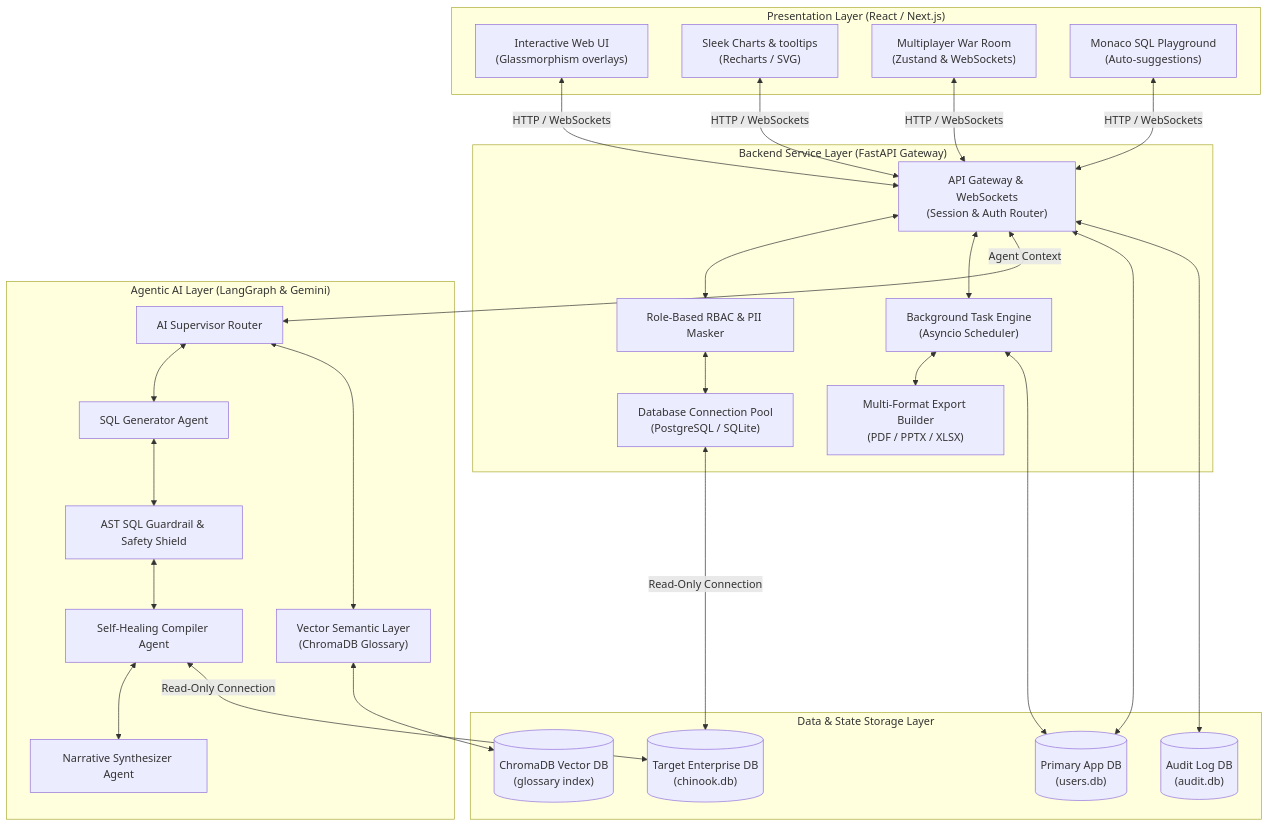
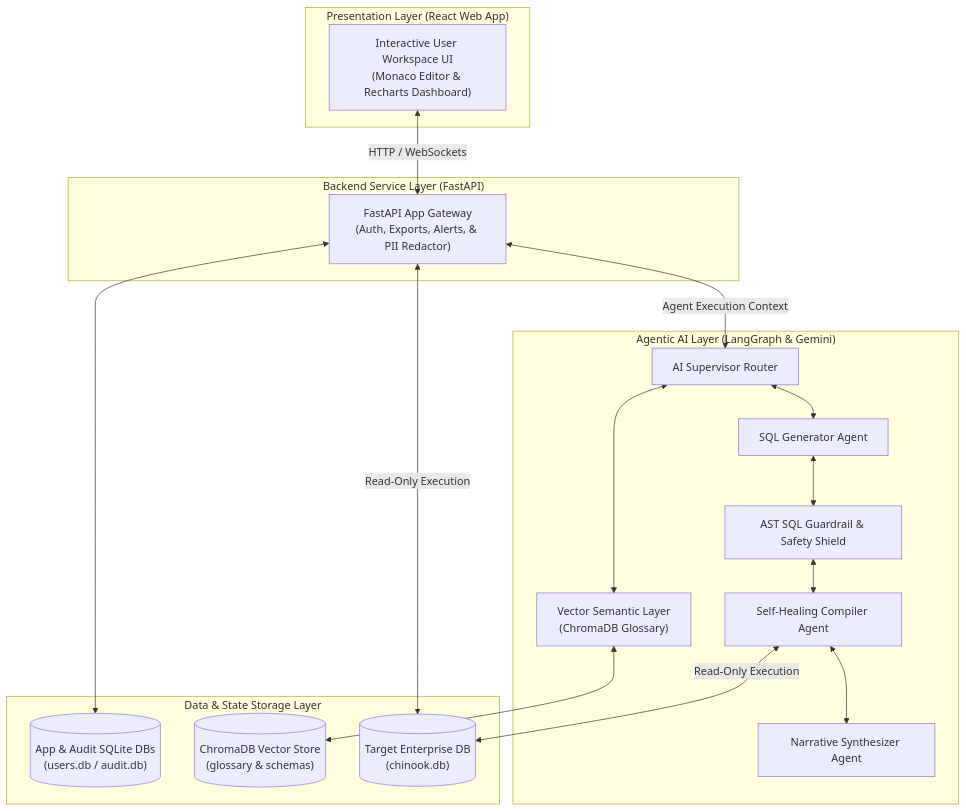
The first of 2 diagrams in README.md (Devilcoder2/SQL-Agent), drawn with Mermaid before and after one commit.

````diff
--- a/README.md
+++ b/README.md
@@ -54,55 +54,45 @@
 ```mermaid
 graph TD
     %% Presentation Layer
-    subgraph Presentation_Layer["Presentation Layer (React / Next.js)"]
-        A1["Interactive Web UI<br>(Glassmorphism overlays)"]
-        A2["Sleek Charts & tooltips<br>(Recharts / SVG)"]
-        A3["Multiplayer War Room<br>(Zustand & WebSockets)"]
-        A4["Monaco SQL Playground<br>(Auto-suggestions)"]
+    subgraph Presentation_Layer["Presentation Layer (React Web App)"]
+        FE["Interactive User Workspace UI<br>(Monaco Editor & Recharts Dashboard)"]
     end
 
     %% Backend Layer
-    subgraph Service_Layer["Backend Service Layer (FastAPI Gateway)"]
-        C1["API Gateway & WebSockets<br>(Session & Auth Router)"]
-        C2["Role-Based RBAC & PII Masker"]
-        C3["Database Connection Pool<br>(PostgreSQL / SQLite)"]
-        C4["Background Task Engine<br>(Asyncio Scheduler)"]
-        C5["Multi-Format Export Builder<br>(PDF / PPTX / XLSX)"]
+    subgraph Service_Layer["Backend Service Layer (FastAPI)"]
+        BE["FastAPI App Gateway<br>(Auth, Exports, Alerts, & PII Redactor)"]
     end
 
     %% AI Agent Layer
     subgraph AI_Layer["Agentic AI Layer (LangGraph & Gemini)"]
         D1["AI Supervisor Router"]
         D2["SQL Generator Agent"]
         D3["Self-Healing Compiler Agent"]
         D4["AST SQL Guardrail & Safety Shield"]
         D5["Narrative Synthesizer Agent"]
         D6["Vector Semantic Layer<br>(ChromaDB Glossary)"]
     end
 
     %% Storage Layer
     subgraph Storage_Layer["Data & State Storage Layer"]
-        E1[("Primary App DB<br>(users.db)")]
-        E2[("Audit Log DB<br>(audit.db)")]
-        E3[("ChromaDB Vector DB<br>(glossary index)")]
-        E4[("Target Enterprise DB<br>(chinook.db)")]
+        AppDB[("App & Audit SQLite DBs<br>(users.db / audit.db)")]
+        VectorDB[("ChromaDB Vector Store<br>(glossary & schemas)")]
+        TargetDB[("Target Enterprise DB<br>(chinook.db)")]
     end
 
-    A1 & A2 & A3 & A4 <-->|HTTP / WebSockets| C1
-    C1 <--> C2
-    C2 <--> C3
-    C1 <--> C4
-    C4 <--> C5
-    C1 <-->|Agent Context| D1
+    %% Connections
+    FE <-->|HTTP / WebSockets| BE
+    BE <-->|Agent Execution Context| D1
     
+    %% AI Agent Internal Flows
     D1 <--> D2
     D2 <--> D4
     D4 <--> D3
     D3 <--> D5
     D1 <--> D6
 
-    C1 & C4 <--> E1
-    C1 <--> E2
-    D6 <--> E3
-    C3 & D3 <-->|Read-Only Connection| E4
+    %% Storage Connections
+    BE <--> AppDB
+    D6 <--> VectorDB
+    BE & D3 <-->|Read-Only Execution| TargetDB
 ```
````
